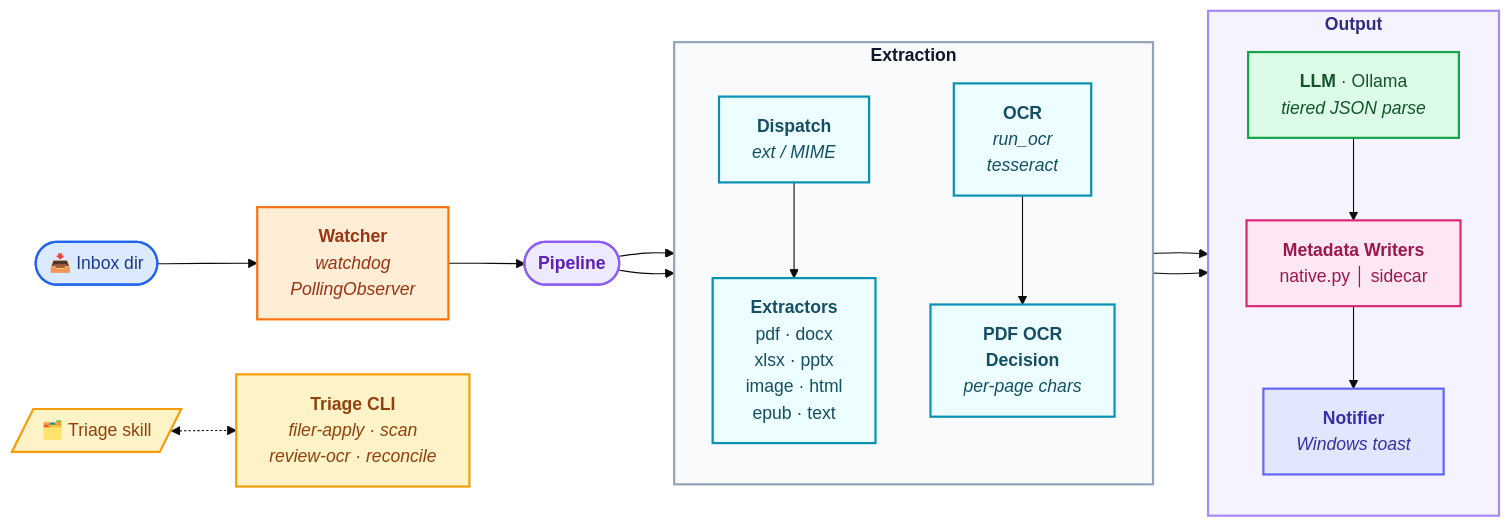
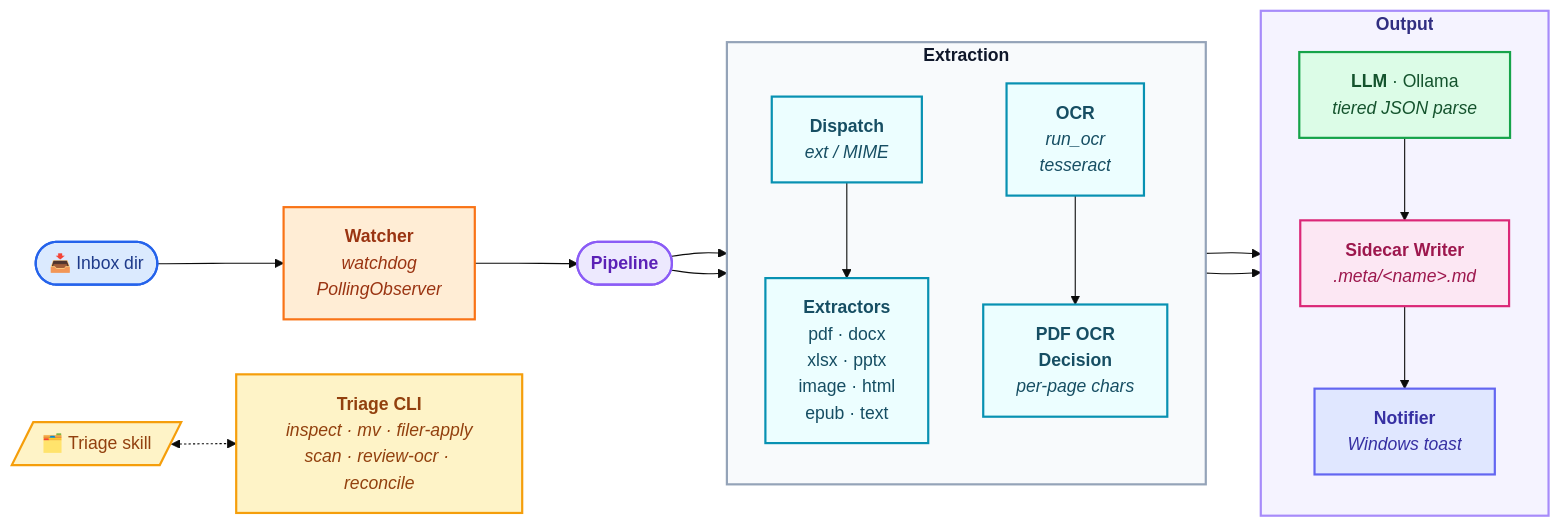
The diagram in architecture.md (talraveh1/automafile), drawn with Mermaid (base theme) before and after one commit. The commit also changed other lines of this file and 29 other files, not shown here.

````diff
--- a/architecture.md
+++ b/architecture.md
@@ -3,42 +3,42 @@
 ```mermaid
 flowchart LR
    inbox(["📥 Inbox dir"]):::source
    watcher["<b>Watcher</b><br/><i>watchdog<br/>PollingObserver</i>"]:::watch
    pipeline(["<b>Pipeline</b>"]):::core
 
    subgraph extract ["<b>Extraction</b>"]
       direction TB
       dispatch["<b>Dispatch</b><br/><i>ext / MIME</i>"]:::stage
       extractors["<b>Extractors</b><br/>pdf · docx<br/>xlsx · pptx<br/>image · html<br/>epub · text"]:::stage
       ocr["<b>OCR</b><br/><i>run_ocr<br/>tesseract</i>"]:::stage
       ocr_decision["<b>PDF OCR<br/>Decision</b><br/><i>per-page chars</i>"]:::stage
    end
 
    subgraph output ["<b>Output</b>"]
       direction TB
       llm["<b>LLM</b> · Ollama<br/><i>tiered JSON parse</i>"]:::ai
-      writers["<b>Metadata Writers</b><br/>native.py │ sidecar"]:::write
+      writers["<b>Sidecar Writer</b><br/><i>.meta/&lt;name&gt;.md</i>"]:::write
       notifier["<b>Notifier</b><br/><i>Windows toast</i>"]:::notify
       writers --> notifier
    end
 
-   cli["<b>Triage CLI</b><br/><i>filer-apply · scan<br/>review-ocr · reconcile</i>"]:::tool
+   cli["<b>Triage CLI</b><br/><i>inspect · mv · filer-apply<br/>scan · review-ocr · reconcile</i>"]:::tool
    triage[/"🗂️ Triage skill"/]:::tool
 
    inbox --> watcher --> pipeline
    pipeline --> dispatch --> extractors --> output
    pipeline --> ocr --> ocr_decision --> output
    llm --> writers
    triage <-.-> cli
    style extract fill:#f8fafc,stroke:#94a3b8,stroke-width:2px,color:#0f172a
    style output fill:#f5f3ff,stroke:#a78bfa,stroke-width:2px,color:#312e81
 
    classDef source fill:#dbeafe,stroke:#2563eb,stroke-width:2px,color:#1e3a8a
    classDef watch  fill:#ffedd5,stroke:#f97316,stroke-width:2px,color:#9a3412
    classDef core   fill:#ede9fe,stroke:#8b5cf6,stroke-width:2px,color:#5b21b6
    classDef stage  fill:#ecfeff,stroke:#0891b2,stroke-width:2px,color:#164e63
    classDef ai     fill:#dcfce7,stroke:#16a34a,stroke-width:2px,color:#14532d
    classDef write  fill:#fce7f3,stroke:#db2777,stroke-width:2px,color:#9d174d
    classDef notify fill:#e0e7ff,stroke:#6366f1,stroke-width:2px,color:#3730a3
    classDef tool   fill:#fef3c7,stroke:#f59e0b,stroke-width:2px,color:#92400e
 ```
````
